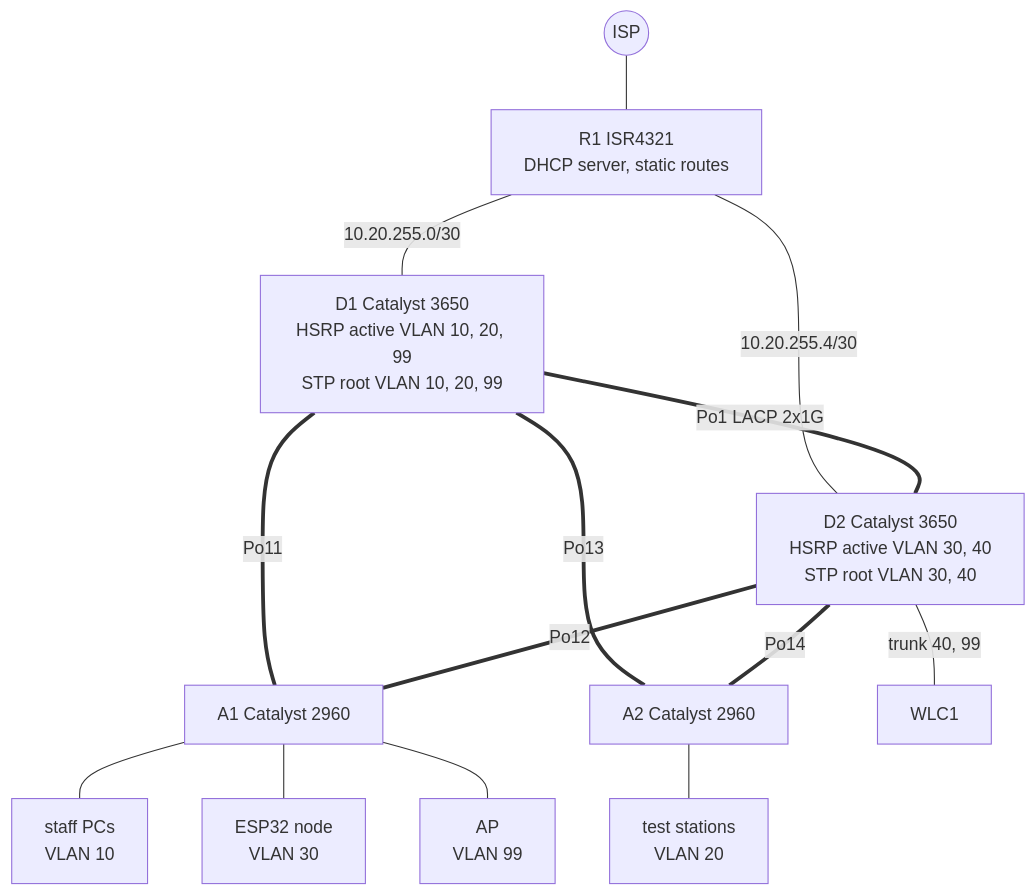
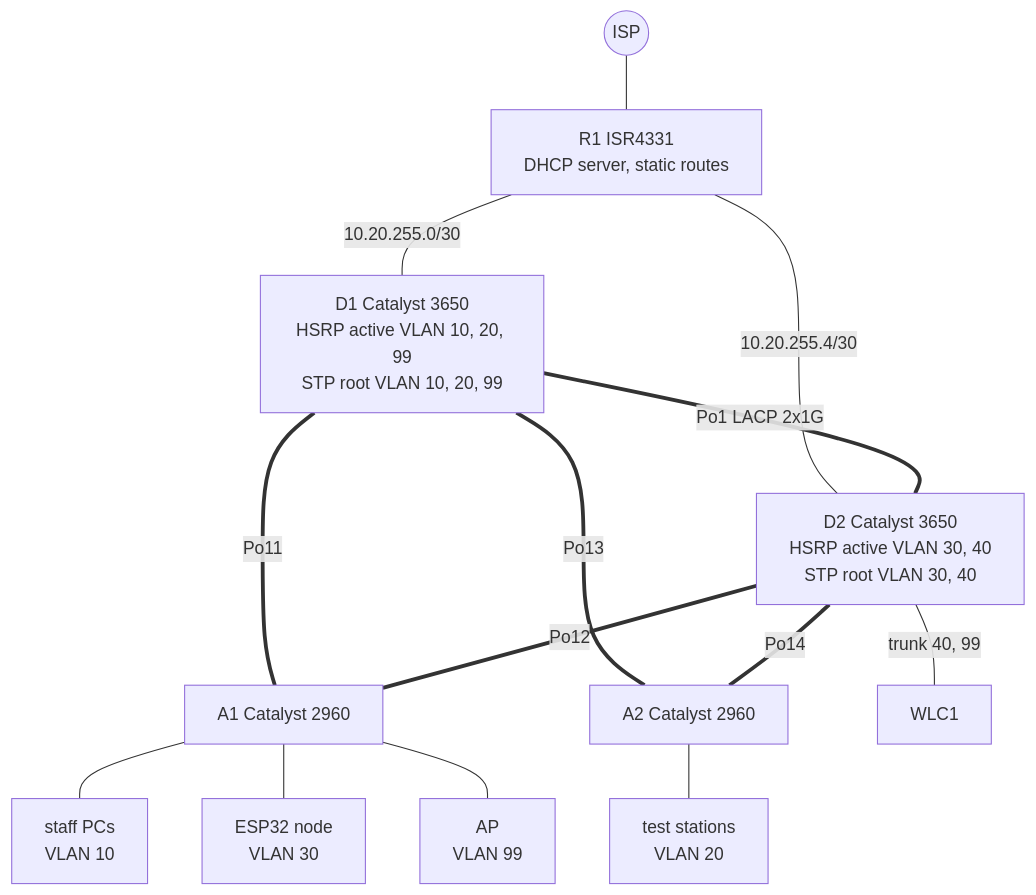
The diagram in README.md (HannaBeshoy/ccna-campus-network), drawn with Mermaid before and after one commit. The commit also changed 4 other files, not shown here.

````diff
--- a/README.md
+++ b/README.md
@@ -20,16 +20,16 @@
 ```mermaid
 flowchart TB
-    ISP((ISP)) --- R1[R1 ISR4321<br/>DHCP server, static routes]
+    ISP((ISP)) --- R1[R1 ISR4331<br/>DHCP server, static routes]
     R1 ---|"10.20.255.0/30"| D1[D1 Catalyst 3650<br/>HSRP active VLAN 10, 20, 99<br/>STP root VLAN 10, 20, 99]
     R1 ---|"10.20.255.4/30"| D2[D2 Catalyst 3650<br/>HSRP active VLAN 30, 40<br/>STP root VLAN 30, 40]
     D1 ===|"Po1 LACP 2x1G"| D2
     D1 ===|Po11| A1[A1 Catalyst 2960]
     D2 ===|Po12| A1
     D1 ===|Po13| A2[A2 Catalyst 2960]
     D2 ===|Po14| A2
     D2 ---|trunk 40, 99| WLC[WLC1]
     A1 --- PC1[staff PCs<br/>VLAN 10]
     A1 --- ESP[ESP32 node<br/>VLAN 30]
     A1 --- AP[AP<br/>VLAN 99]
     A2 --- TS[test stations<br/>VLAN 20]
 ```
````
